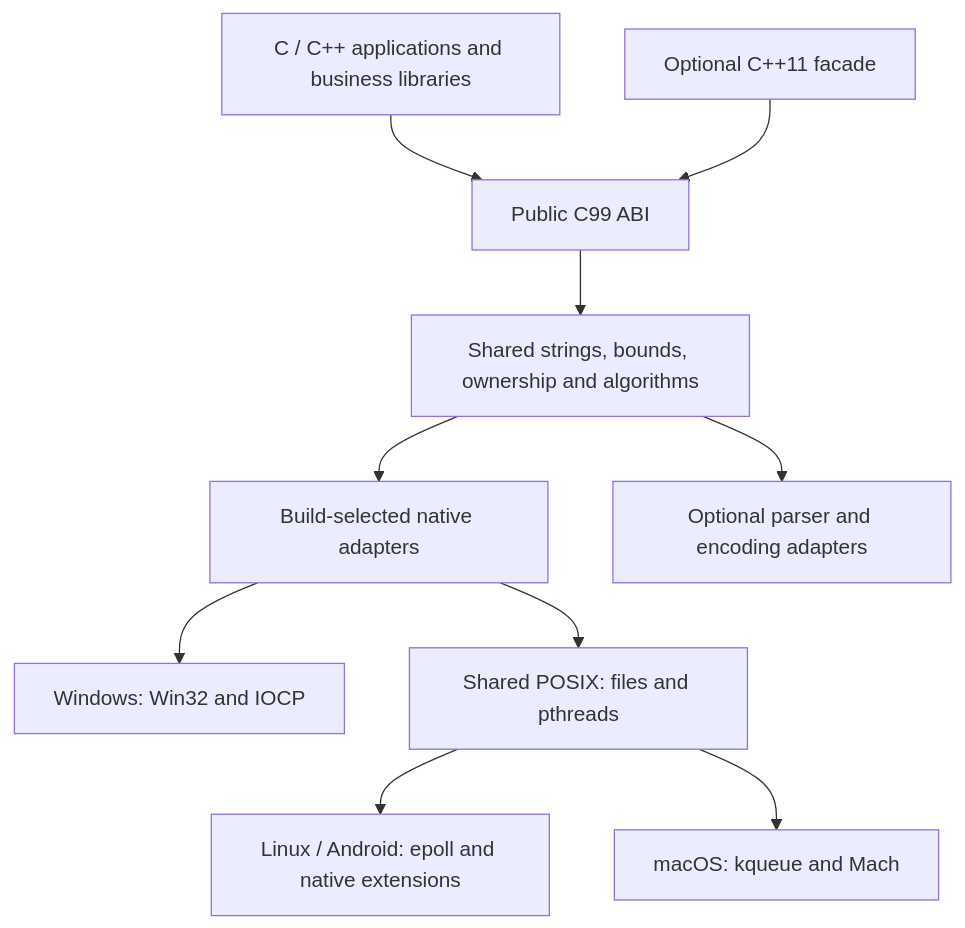
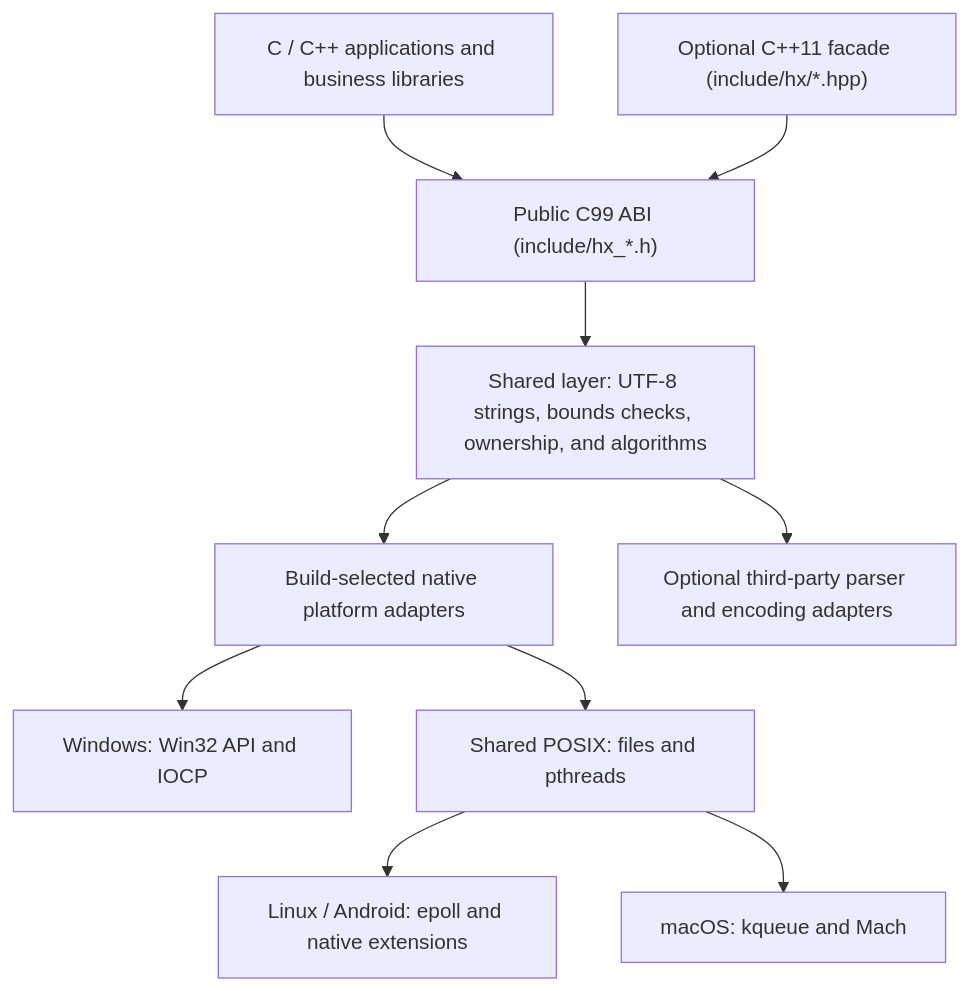
One commit to HuangX666/hx_c_platform changed the first of 4 diagrams in docs/REFERENCE.md. Above: the diagram before and after it, drawn with Mermaid. The commit also changed other lines of this file and 135 other files, not shown here.

````diff
--- a/docs/REFERENCE.md
+++ b/docs/REFERENCE.md
@@ -86,12 +87,12 @@
 ```mermaid
 flowchart TD
-    A["C / C++ applications and business libraries"] --> B["Public C99 ABI"]
-    C["Optional C++11 facade"] --> B
-    B --> D["Shared strings, bounds, ownership and algorithms"]
-    D --> E["Build-selected native adapters"]
-    E --> F["Windows: Win32 and IOCP"]
+    A["C / C++ applications and business libraries"] --> B["Public C99 ABI (include/hx_*.h)"]
+    C["Optional C++11 facade (include/hx/*.hpp)"] --> B
+    B --> D["Shared layer: UTF-8 strings, bounds checks, ownership, and algorithms"]
+    D --> E["Build-selected native platform adapters"]
+    E --> F["Windows: Win32 API and IOCP"]
     E --> G["Shared POSIX: files and pthreads"]
     G --> H["Linux / Android: epoll and native extensions"]
     G --> I["macOS: kqueue and Mach"]
-    D --> J["Optional parser and encoding adapters"]
+    D --> J["Optional third-party parser and encoding adapters"]
 ```
````
